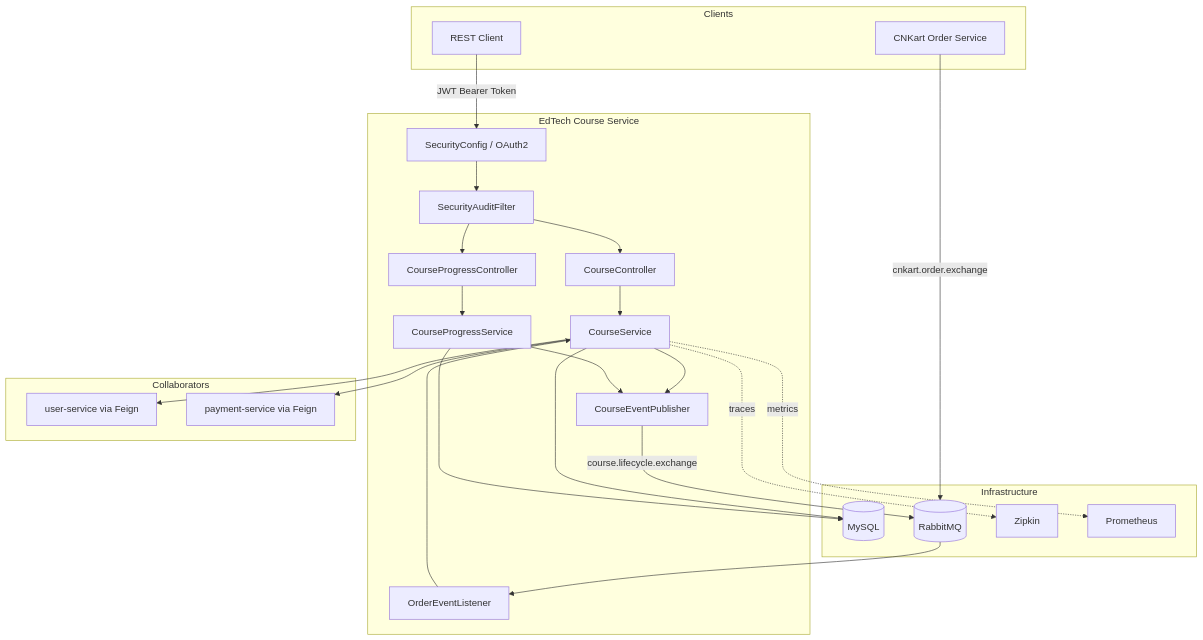
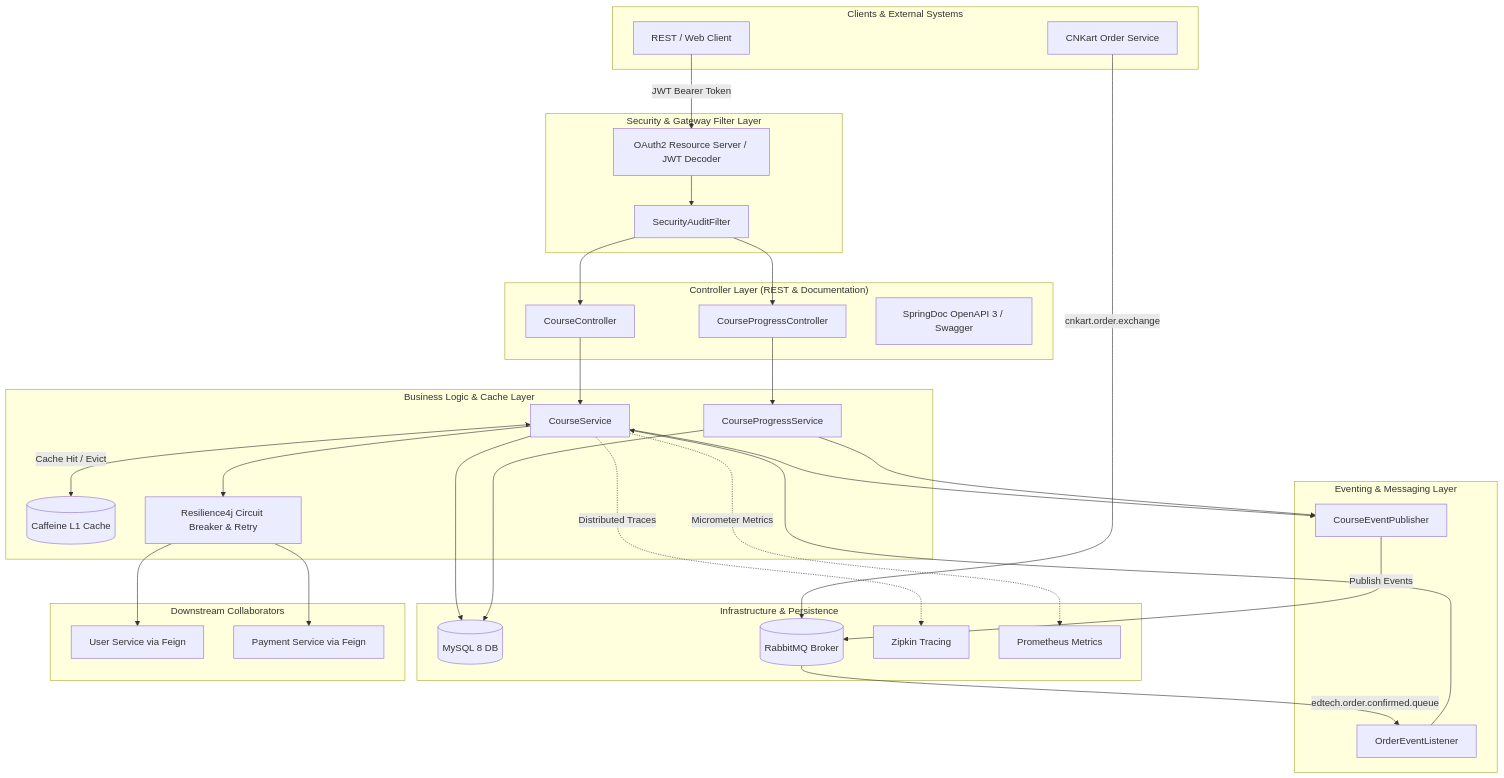
One commit to byte2code/course-service changed the first of 8 diagrams in README.md. Above: the diagram before and after it, drawn with Mermaid. The commit also changed other lines of this file, not shown here.

Commit message:
docs: enrich README with architecture, caching, N+1 optimization, and sequence diagrams

````diff
--- a/README.md
+++ b/README.md
@@ -54,49 +63,68 @@
 ```mermaid
-graph TD
-    subgraph Clients
-        A[REST Client] 
+graph TB
+    subgraph Clients["Clients & External Systems"]
+        A[REST / Web Client]
         B[CNKart Order Service]
     end
 
-    subgraph EdTech Course Service
-        C[CourseController]
-        D[CourseProgressController]
-        E[CourseService]
-        F[CourseProgressService]
-        G[CourseEventPublisher]
-        H[OrderEventListener]
-        I[SecurityAuditFilter]
-        J[SecurityConfig / OAuth2]
+    subgraph SecurityLayer["Security & Gateway Filter Layer"]
+        JWT[OAuth2 Resource Server / JWT Decoder]
+        SAF[SecurityAuditFilter]
     end
 
-    subgraph Infrastructure
-        K[(MySQL)]
-        L[(RabbitMQ)]
-        M[Zipkin]
-        N[Prometheus]
+    subgraph WebLayer["Controller Layer (REST & Documentation)"]
+        CC[CourseController]
+        CPC[CourseProgressController]
+        SWAG[SpringDoc OpenAPI 3 / Swagger]
     end
 
-    subgraph Collaborators
-        O[user-service via Feign]
-        P[payment-service via Feign]
+    subgraph ServiceLayer["Business Logic & Cache Layer"]
+        CS[CourseService]
+        CPS[CourseProgressService]
+        CACHE[(Caffeine L1 Cache)]
+        CB[Resilience4j Circuit Breaker & Retry]
     end
 
-    A -->|JWT Bearer Token| J
-    J --> I
-    I --> C
-    I --> D
-    C --> E
-    D --> F
-    E --> O
-    E --> P
-    E --> G
-    F --> G
-    G -->|course.lifecycle.exchange| L
-    B -->|cnkart.order.exchange| L
-    L --> H
-    H --> E
-    E --> K
-    F --> K
-    E -.->|traces| M
-    E -.->|metrics| N
+    subgraph EventLayer["Eventing & Messaging Layer"]
+        CEP[CourseEventPublisher]
+        OEL[OrderEventListener]
+    end
+
+    subgraph Infrastructure["Infrastructure & Persistence"]
+        DB[(MySQL 8 DB)]
+        RMQ[(RabbitMQ Broker)]
+        ZIP[Zipkin Tracing]
+        PROM[Prometheus Metrics]
+    end
+
+    subgraph Microservices["Downstream Collaborators"]
+        US[User Service via Feign]
+        PS[Payment Service via Feign]
+    end
+
+    A -->|JWT Bearer Token| JWT
+    JWT --> SAF
+    SAF --> CC
+    SAF --> CPC
+    CC --> CS
+    CPC --> CPS
+    
+    CS <-->|Cache Hit / Evict| CACHE
+    CS --> CB
+    CB --> US
+    CB --> PS
+    
+    CS --> DB
+    CPS --> DB
+    
+    CS --> CEP
+    CPS --> CEP
+    CEP -->|Publish Events| RMQ
+    
+    B -->|cnkart.order.exchange| RMQ
+    RMQ -->|edtech.order.confirmed.queue| OEL
+    OEL --> CS
+    
+    CS -.->|Distributed Traces| ZIP
+    CS -.->|Micrometer Metrics| PROM
 ```
````
